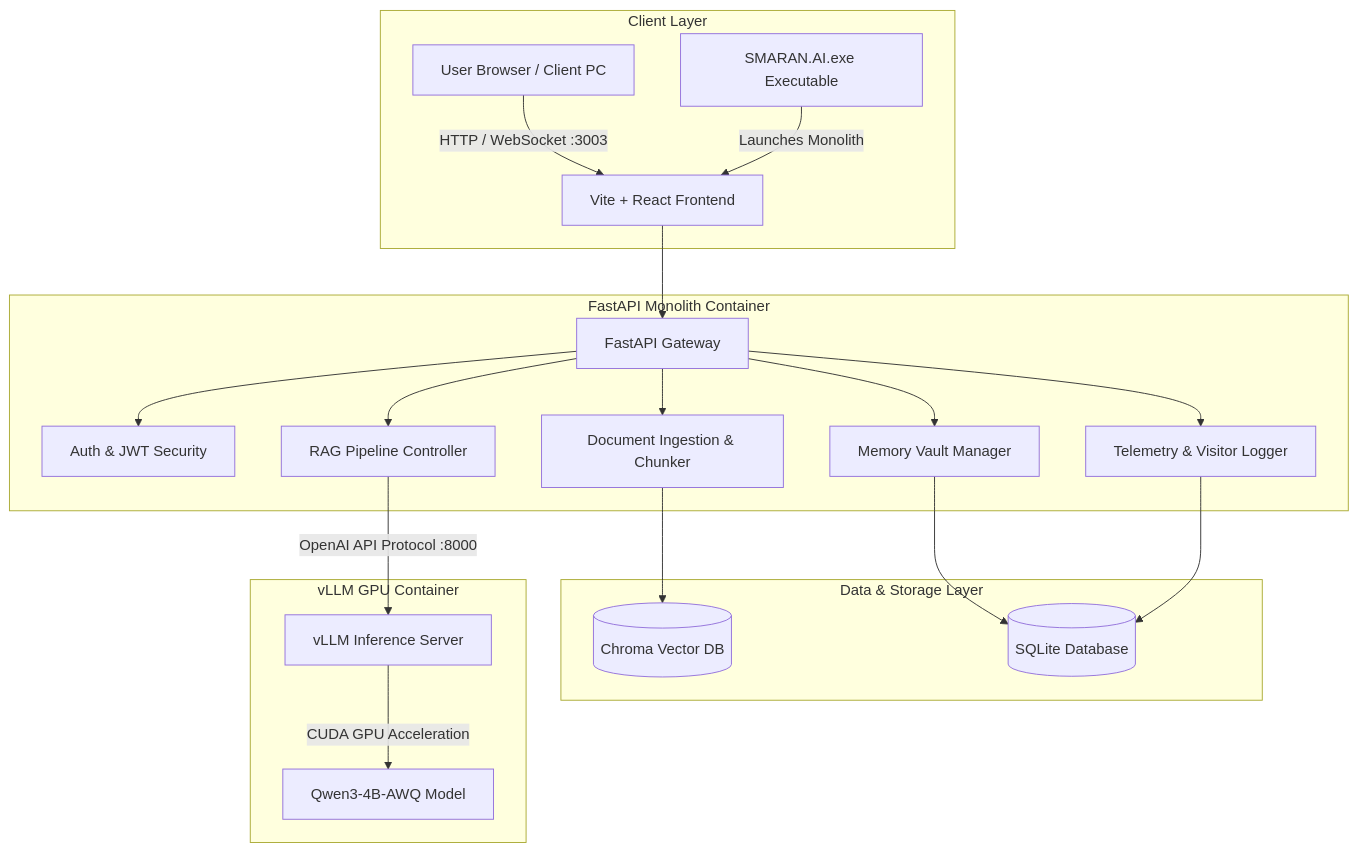
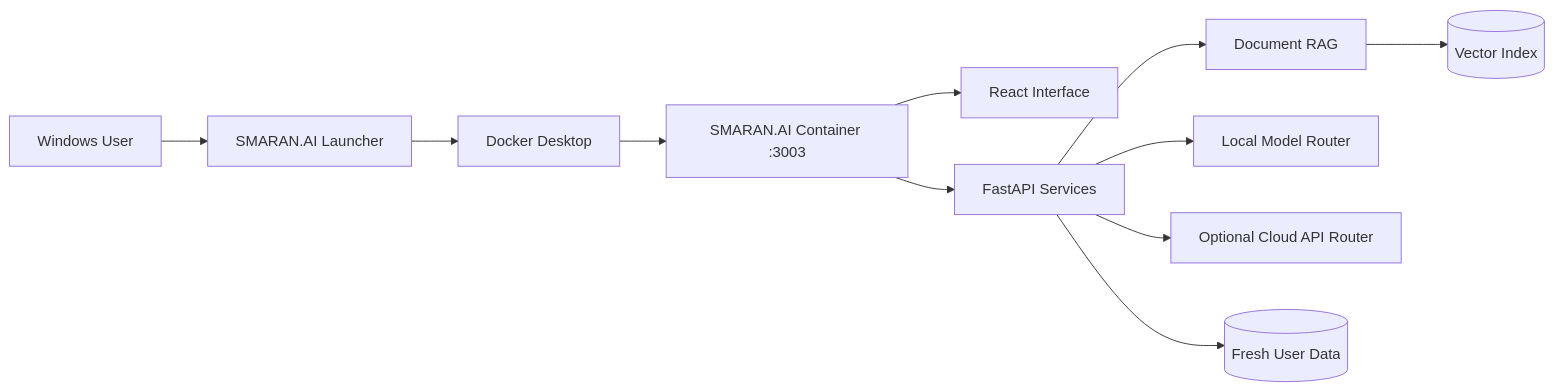
The diagram in README.md (SHASHWAT-MISHRA-997/SMARAN.AI), drawn with Mermaid before and after one commit. The commit also changed other lines of this file and 58 other files, not shown here.

````diff
--- a/README.md
+++ b/README.md
@@ -27,27 +92,13 @@
 ```mermaid
-graph TD
-    subgraph Client Layer
-        A[User Browser / Client PC] -->|HTTP / WebSocket :3003| B[Vite + React Frontend]
-        P[SMARAN.AI.exe Executable] -->|Launches Monolith| B
-    end
-
-    subgraph Application Server Layer [FastAPI Monolith Container]
-        B --> C[FastAPI Gateway]
-        C --> D[Auth & JWT Security]
-        C --> E[Document Ingestion & Chunker]
-        C --> F[RAG Pipeline Controller]
-        C --> G[Memory Vault Manager]
-        C --> H[Telemetry & Visitor Logger]
-    end
-
-    subgraph Data & Storage Layer
-        E --> I[(Chroma Vector DB)]
-        G --> J[(SQLite Database)]
-        H --> J
-    end
-
-    subgraph AI Inference Engine Layer [vLLM GPU Container]
-        F -->|OpenAI API Protocol :8000| K[vLLM Inference Server]
-        K -->|CUDA GPU Acceleration| L[Qwen3-4B-AWQ Model]
-    end
+flowchart LR
+    U[Windows User] --> L[SMARAN.AI Launcher]
+    L --> D[Docker Desktop]
+    D --> A[SMARAN.AI Container :3003]
+    A --> F[React Interface]
+    A --> B[FastAPI Services]
+    B --> R[Document RAG]
+    B --> M[Local Model Router]
+    B --> C[Optional Cloud API Router]
+    R --> V[(Vector Index)]
+    B --> S[(Fresh User Data)]
 ```
````
